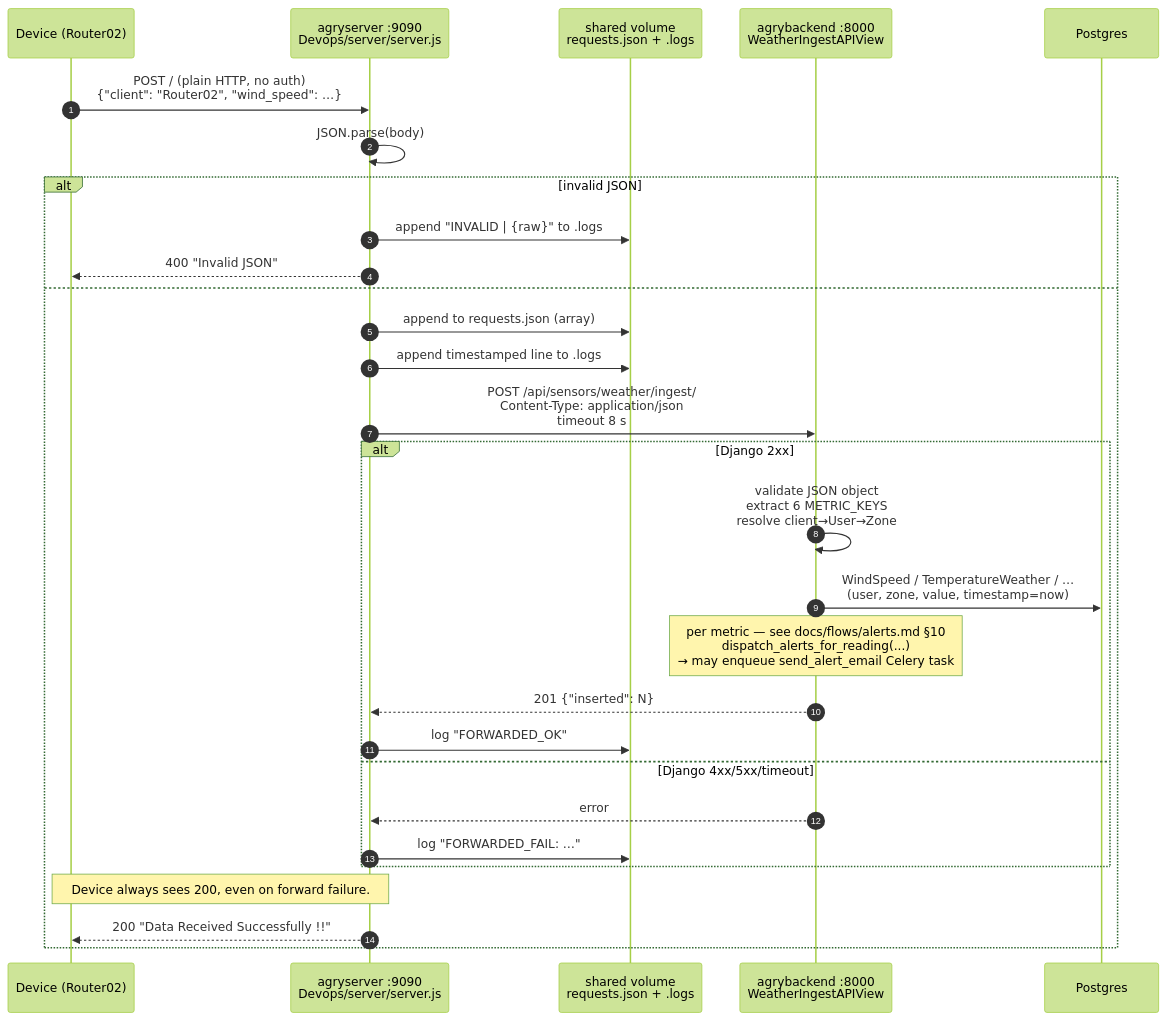
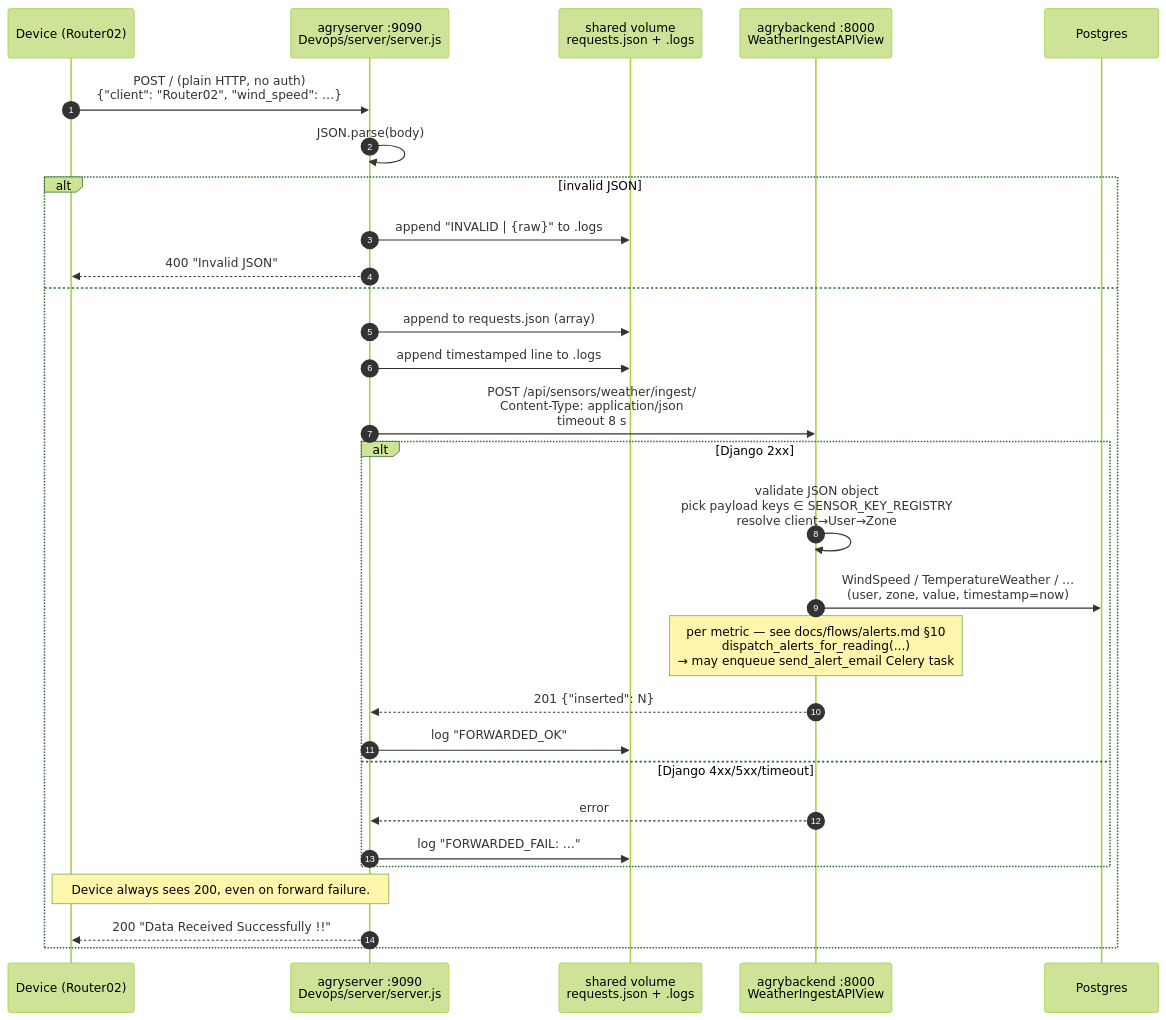
One commit to AgriLogy/agri-api changed the second of 3 diagrams in docs/flows/data-ingestion.md. Above: the diagram before and after it, drawn with Mermaid (forest theme). The commit also changed other lines of this file and 4 other files, not shown here.

````diff
--- a/docs/flows/data-ingestion.md
+++ b/docs/flows/data-ingestion.md
@@ -61,32 +65,32 @@
 ```mermaid
 sequenceDiagram
   autonumber
   participant Dev as Device (Router02)
   participant Node as agryserver :9090<br/>Devops/server/server.js
   participant FS as shared volume<br/>requests.json + .logs
   participant Dj as agrybackend :8000<br/>WeatherIngestAPIView
   participant PG as Postgres
 
   Dev->>Node: POST / (plain HTTP, no auth)<br/>{"client": "Router02", "wind_speed": …}
   Node->>Node: JSON.parse(body)
   alt invalid JSON
     Node->>FS: append "INVALID | {raw}" to .logs
     Node-->>Dev: 400 "Invalid JSON"
   else
     Node->>FS: append to requests.json (array)
     Node->>FS: append timestamped line to .logs
     Node->>Dj: POST /api/sensors/weather/ingest/<br/>Content-Type: application/json<br/>timeout 8 s
     alt Django 2xx
-      Dj->>Dj: validate JSON object<br/>extract 6 METRIC_KEYS<br/>resolve client→User→Zone
+      Dj->>Dj: validate JSON object<br/>pick payload keys ∈ SENSOR_KEY_REGISTRY<br/>resolve client→User→Zone
       Dj->>PG: WindSpeed / TemperatureWeather / …<br/>(user, zone, value, timestamp=now)
       Note over Dj: per metric — see docs/flows/alerts.md §10<br/>dispatch_alerts_for_reading(...)<br/>→ may enqueue send_alert_email Celery task
       Dj-->>Node: 201 {"inserted": N}
       Node->>FS: log "FORWARDED_OK"
     else Django 4xx/5xx/timeout
       Dj-->>Node: error
       Node->>FS: log "FORWARDED_FAIL: …"
     end
     Note over Node,Dev: Device always sees 200, even on forward failure.
     Node-->>Dev: 200 "Data Received Successfully !!"
   end
 ```
````
